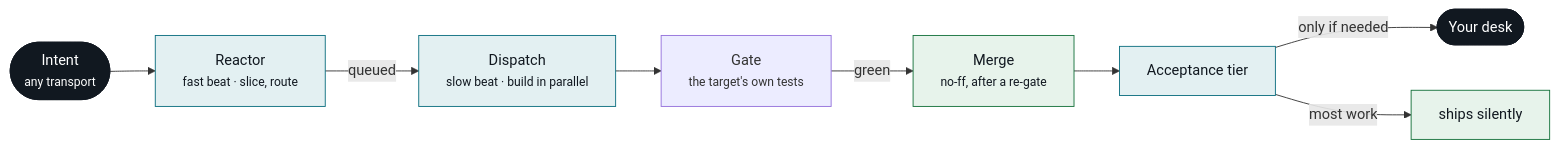
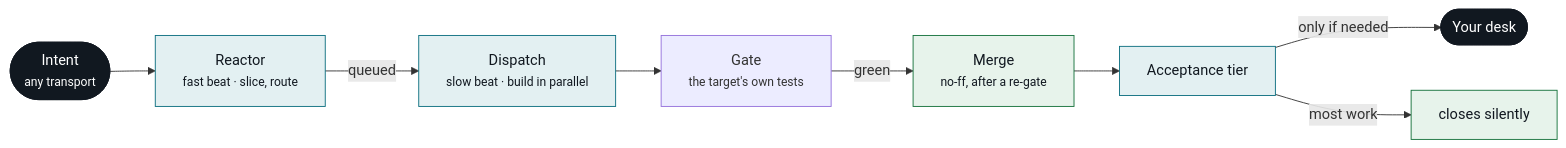
The first of 11 diagrams in docs/plane-flows.md (MrChikns/loopkit), drawn with Mermaid before and after one commit. The commit also changed other lines of this file and 21 other files, not shown here.

````diff
--- a/docs/plane-flows.md
+++ b/docs/plane-flows.md
@@ -35,17 +35,17 @@
 ```mermaid
 flowchart LR
   IN(["Intent<br/><small>any transport</small>"]) --> R["Reactor<br/><small>fast beat · slice, route</small>"]
   R -->|queued| D["Dispatch<br/><small>slow beat · build in parallel</small>"]
   D --> G["Gate<br/><small>the target's own tests</small>"]
   G -->|green| M["Merge<br/><small>no-ff, after a re-gate</small>"]
   M --> A["Acceptance tier"]
   A -->|only if needed| YOU(["Your desk"])
-  A -->|most work| SILENT["ships silently"]
+  A -->|most work| SILENT["closes silently"]
 
   classDef term fill:#111820,stroke:#111820,color:#ffffff
   classDef step fill:#E3F0F2,stroke:#0B6E7F,color:#111820
   classDef pass fill:#E7F3EB,stroke:#14713A,color:#111820
   class IN,YOU term
   class R,D,A step
   class M,SILENT pass
 ```
````
